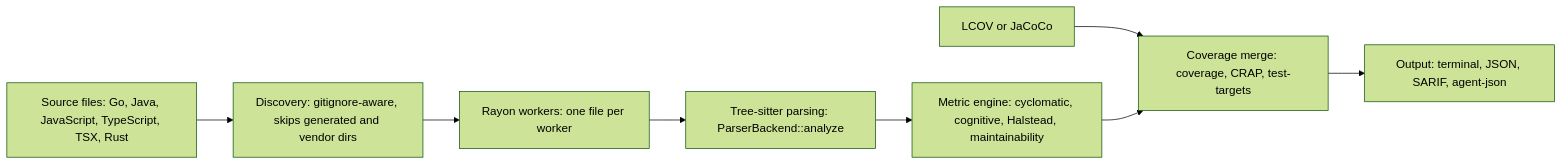
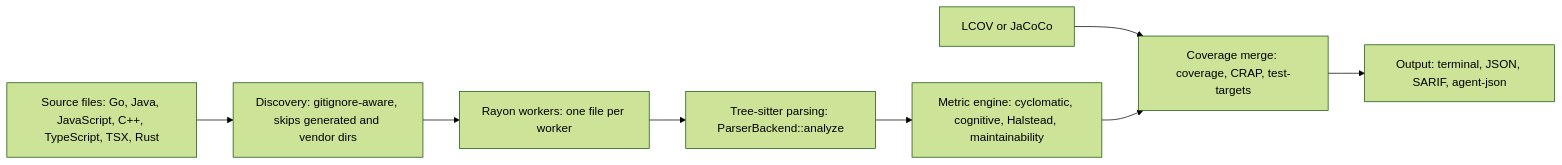
One commit to jbt95/leadline changed the first of 3 diagrams in README.md. Above: the diagram before and after it, drawn with Mermaid (forest theme). The commit also changed other lines of this file and 32 other files, not shown here.

````diff
--- a/README.md
+++ b/README.md
@@ -39,10 +39,10 @@
 ```mermaid
 flowchart LR
-    Sources["Source files: Go, Java, JavaScript, TypeScript, TSX, Rust"] --> Discovery["Discovery: gitignore-aware, skips generated and vendor dirs"]
+    Sources["Source files: Go, Java, JavaScript, C++, TypeScript, TSX, Rust"] --> Discovery["Discovery: gitignore-aware, skips generated and vendor dirs"]
     Discovery --> Workers["Rayon workers: one file per worker"]
     Workers --> Parser["Tree-sitter parsing: ParserBackend::analyze"]
     Parser --> Engine["Metric engine: cyclomatic, cognitive, Halstead, maintainability"]
     Coverage["LCOV or JaCoCo"] --> Apply["Coverage merge: coverage, CRAP, test-targets"]
     Engine --> Apply
     Apply --> Output["Output: terminal, JSON, SARIF, agent-json"]
 ```
````
